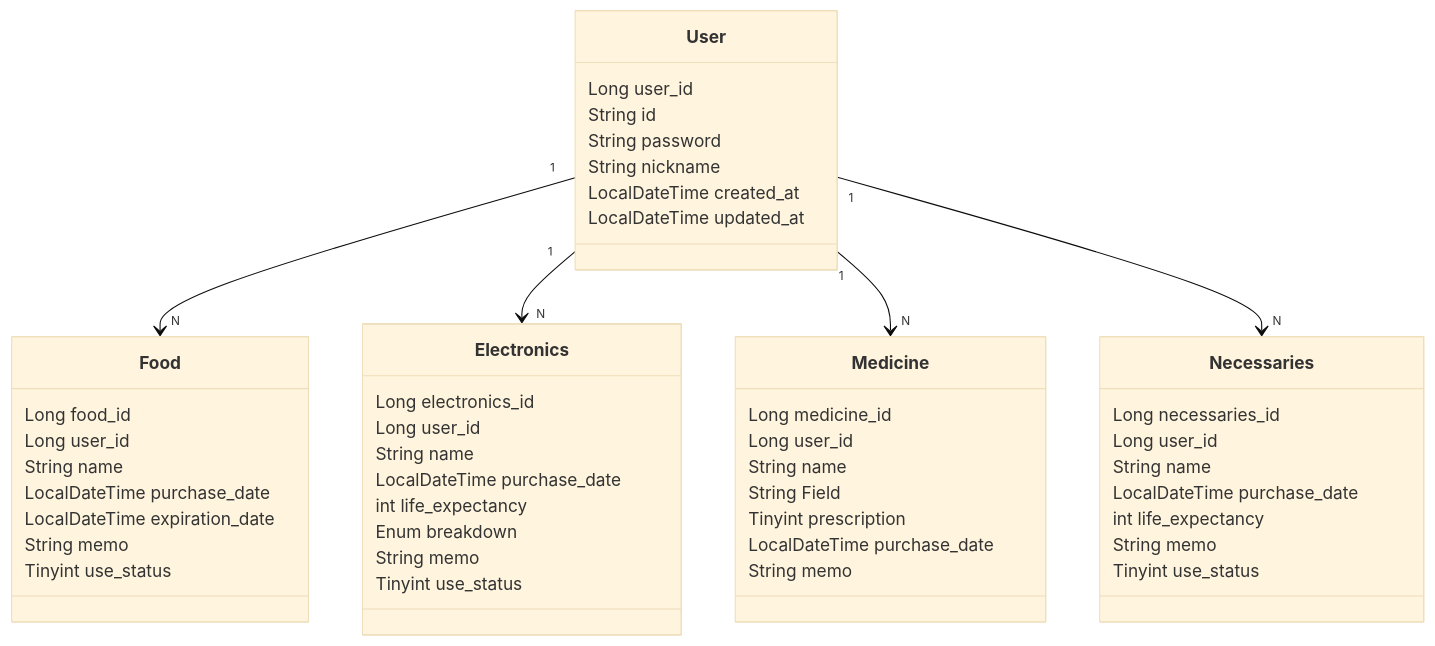
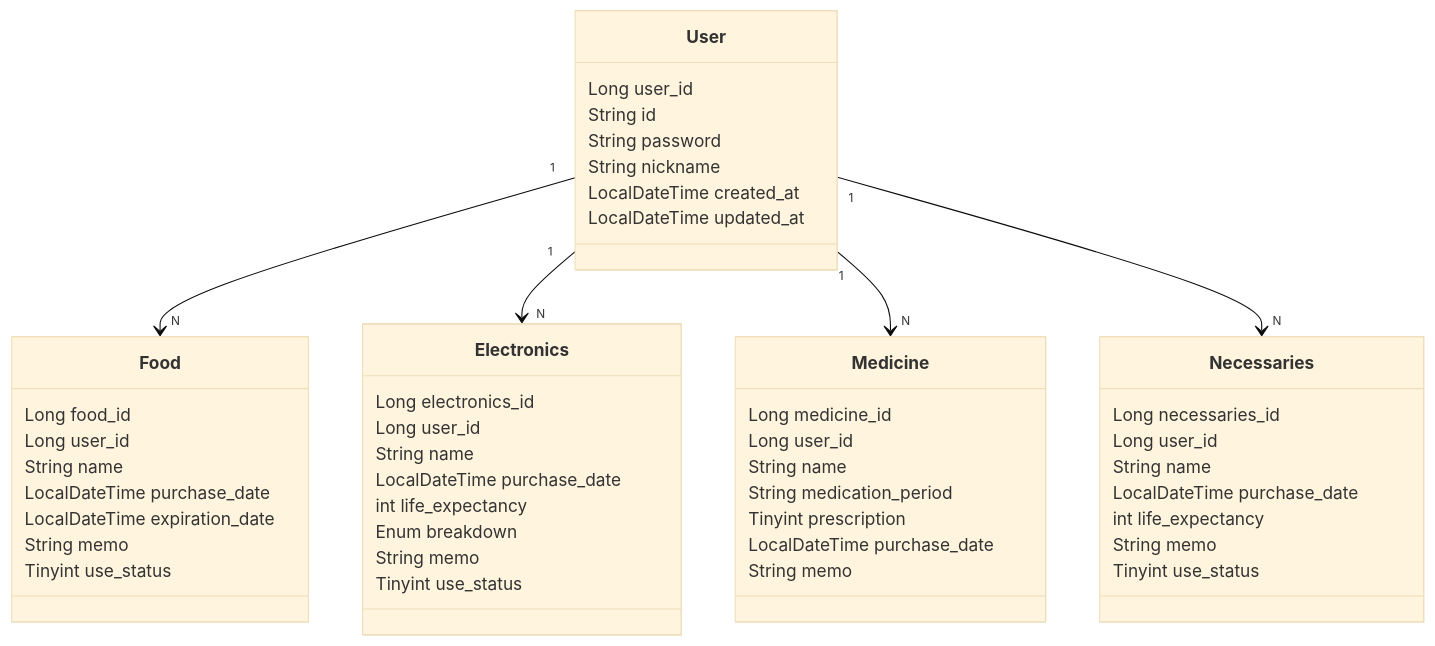
The diagram in README.md (LHyuk1101/Whedit), drawn with Mermaid (base theme) before and after one commit. The commit also changed other lines of this file, not shown here.

````diff
--- a/README.md
+++ b/README.md
@@ -25,58 +25,58 @@
 ```mermaid
 classDiagram
     class User {
         Long user_id
         String id
         String password
         String nickname
         LocalDateTime created_at
         LocalDateTime updated_at
     }
 
     class Food {
         Long food_id
         Long user_id
         String name
         LocalDateTime purchase_date
         LocalDateTime expiration_date
         String memo
         Tinyint use_status
     }
 
     class Electronics {
         Long electronics_id
         Long user_id
         String name
         LocalDateTime purchase_date
         int life_expectancy
         Enum breakdown
         String memo
         Tinyint use_status
     }
 
     class Medicine {
         Long medicine_id
         Long user_id
         String name
-        String Field
+        String medication_period
         Tinyint prescription
         LocalDateTime purchase_date
         String memo
     }
 
     class Necessaries {
         Long necessaries_id
         Long user_id
         String name
         LocalDateTime purchase_date
         int life_expectancy
         String memo
         Tinyint use_status
     }
 
     User "1" --> "N" Food
     User "1" --> "N" Electronics
     User "1" --> "N" Medicine
     User "1" --> "N" Necessaries
 
 ```
````
